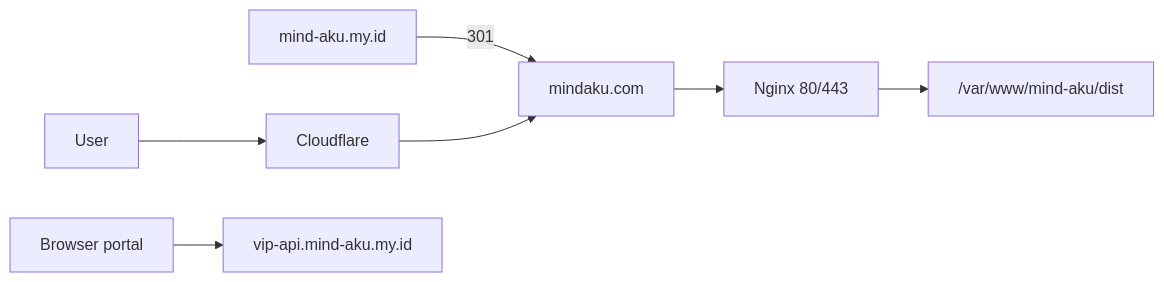
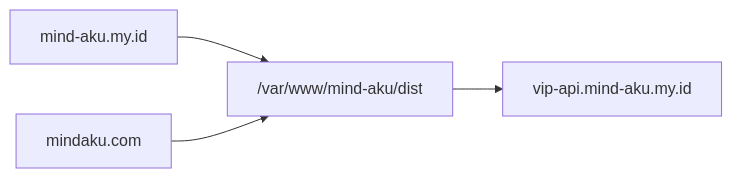
One commit to mikbalvia/mind-aku changed the diagram in docs/production-deploy.md. Above: the diagram before and after it, drawn with Mermaid. The commit also changed other lines of this file and 1 other file, not shown here.

First line of the commit message:
Document dual-serve for mind-aku.my.id alongside mindaku.com.

````diff
--- a/docs/production-deploy.md
+++ b/docs/production-deploy.md
@@ -25,9 +25,6 @@
 ```mermaid
 flowchart LR
-  OldUser[mind-aku.my.id] -->|301| NewPortal[mindaku.com]
-  NewUser[User] --> CF[Cloudflare]
-  CF --> NewPortal
-  NewPortal --> Nginx[Nginx 80/443]
-  Nginx --> Dist["/var/www/mind-aku/dist"]
-  Browser[Browser portal] --> API["vip-api.mind-aku.my.id"]
+  OldDom[mind-aku.my.id] --> Dist["/var/www/mind-aku/dist"]
+  NewDom[mindaku.com] --> Dist
+  Dist --> API[vip-api.mind-aku.my.id]
 ```
````
